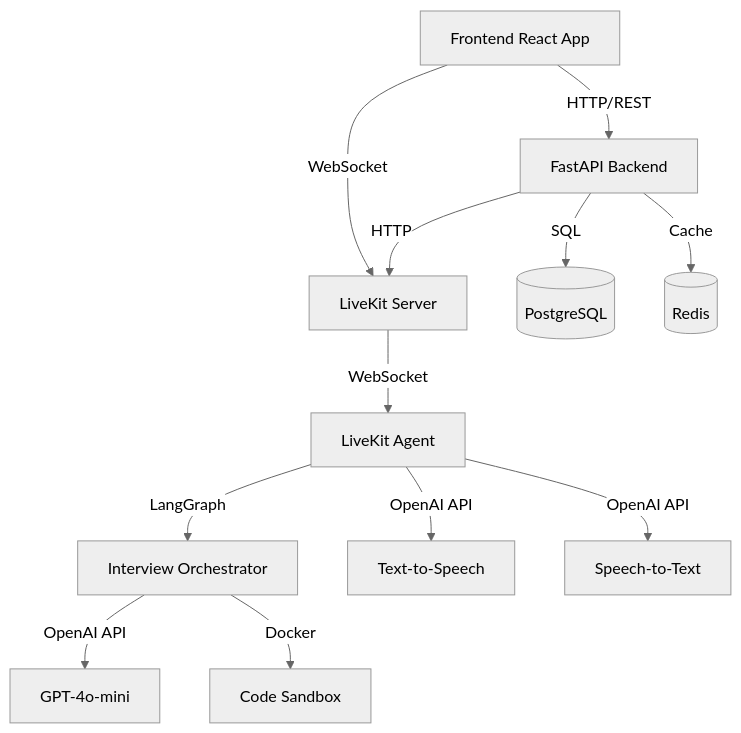
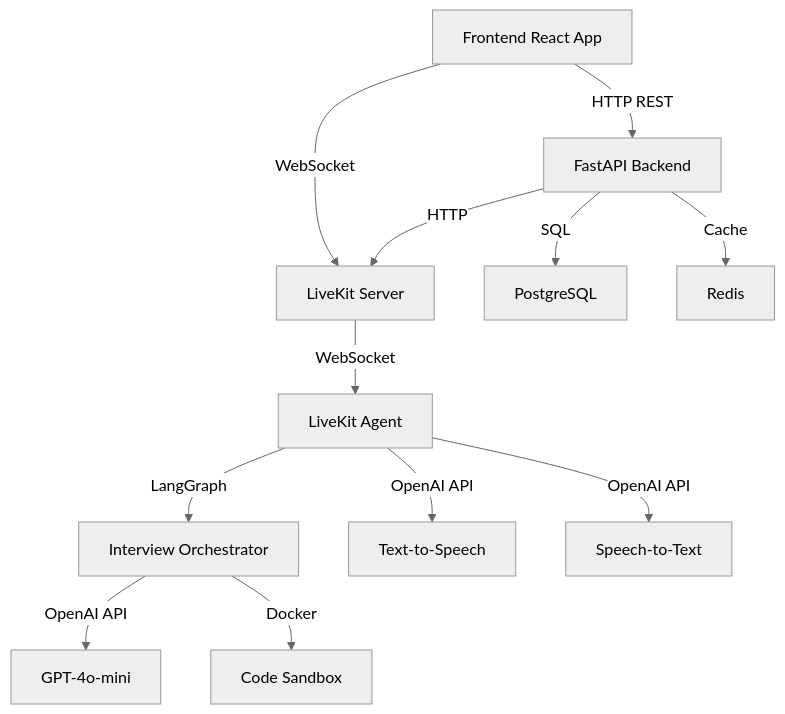
Before and after one commit to StephaneWamba/InterviewLab: the first of 5 diagrams in docs/ARCHITECTURE.md, drawn with Mermaid (neutral theme). The commit also changed other lines of this file and 6 other files, not shown here.

Commit message:
Add concise explanations between diagrams in documentation - show deep system knowledge

````diff
--- a/docs/ARCHITECTURE.md
+++ b/docs/ARCHITECTURE.md
@@ -7,14 +9,14 @@
 ```mermaid
 graph TB
-    Frontend[Frontend React App] -->|HTTP/REST| API[FastAPI Backend]
+    Frontend[Frontend React App] -->|HTTP REST| API[FastAPI Backend]
     Frontend -->|WebSocket| LiveKit[LiveKit Server]
     API -->|HTTP| LiveKit
-    API -->|SQL| DB[(PostgreSQL)]
-    API -->|Cache| Redis[(Redis)]
+    API -->|SQL| DB[PostgreSQL]
+    API -->|Cache| Redis[Redis]
     LiveKit -->|WebSocket| Agent[LiveKit Agent]
     Agent -->|LangGraph| Orchestrator[Interview Orchestrator]
     Orchestrator -->|OpenAI API| LLM[GPT-4o-mini]
     Orchestrator -->|Docker| Sandbox[Code Sandbox]
     Agent -->|OpenAI API| TTS[Text-to-Speech]
     Agent -->|OpenAI API| STT[Speech-to-Text]
 ```
````
